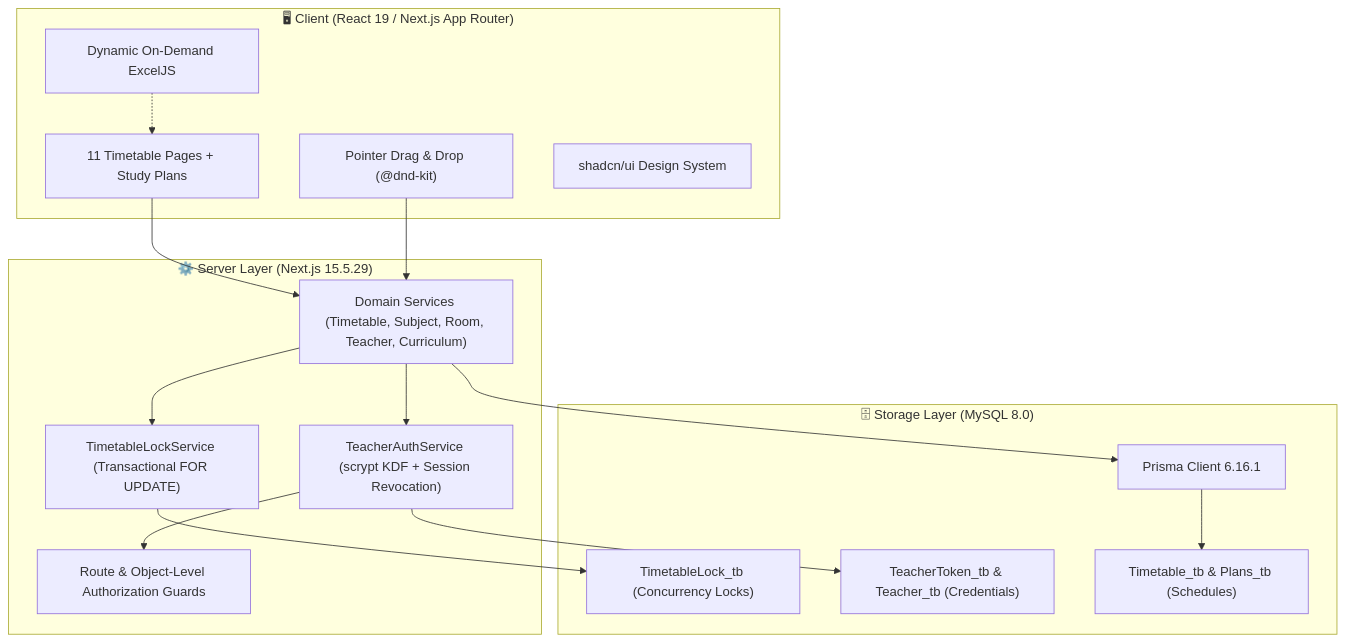
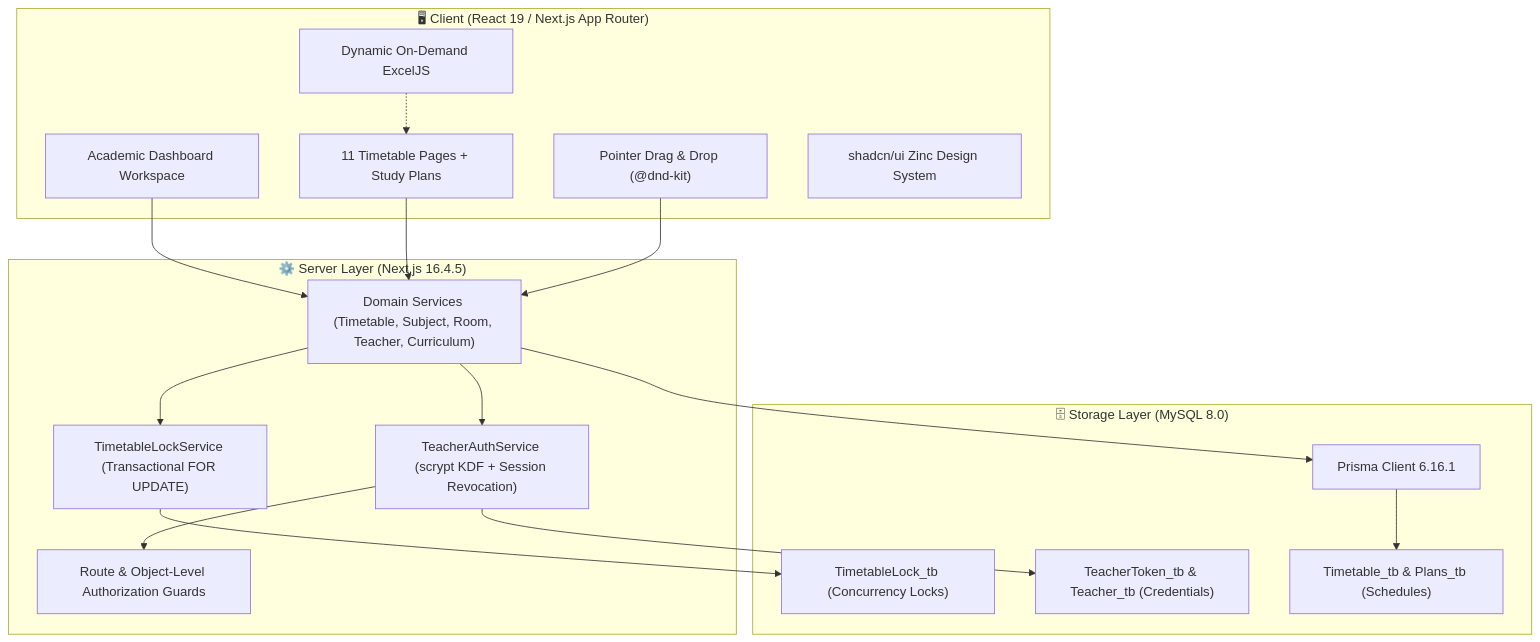
The diagram in README.md (Erbiyon/cpetak-timetable), drawn with Mermaid before and after one commit. The commit also changed other lines of this file and 12 other files, not shown here.

Commit message:
docs: update README with comprehensive system showcase gallery and academic design system standards

````diff
--- a/README.md
+++ b/README.md
@@ -61,34 +126,36 @@
 ```mermaid
 graph TB
     subgraph Client["🖥 Client (React 19 / Next.js App Router)"]
+        Dashboard["Academic Dashboard Workspace"]
         Pages["11 Timetable Pages + Study Plans"]
         DnD["Pointer Drag & Drop (@dnd-kit)"]
         LazyExport["Dynamic On-Demand ExcelJS"]
-        Components["shadcn/ui Design System"]
+        Components["shadcn/ui Zinc Design System"]
     end
 
-    subgraph Server["⚙️ Server Layer (Next.js 15.5.29)"]
+    subgraph Server["⚙️ Server Layer (Next.js 16.4.5)"]
         ServiceLayer["Domain Services (Timetable, Subject, Room, Teacher, Curriculum)"]
         LockService["TimetableLockService (Transactional FOR UPDATE)"]
         AuthSecurity["TeacherAuthService (scrypt KDF + Session Revocation)"]
         AuthGuard["Route & Object-Level Authorization Guards"]
     end
 
     subgraph Database["🗄 Storage Layer (MySQL 8.0)"]
         PrismaORM["Prisma Client 6.16.1"]
         LockTable["TimetableLock_tb (Concurrency Locks)"]
         AuthTable["TeacherToken_tb & Teacher_tb (Credentials)"]
         TimetableDB["Timetable_tb & Plans_tb (Schedules)"]
     end
 
+    Dashboard --> ServiceLayer
     Pages --> ServiceLayer
     DnD --> ServiceLayer
     LazyExport -.-> Pages
     ServiceLayer --> LockService
     ServiceLayer --> AuthSecurity
     AuthSecurity --> AuthGuard
     ServiceLayer --> PrismaORM
     LockService --> LockTable
     AuthSecurity --> AuthTable
     PrismaORM --> TimetableDB
 ```
````
